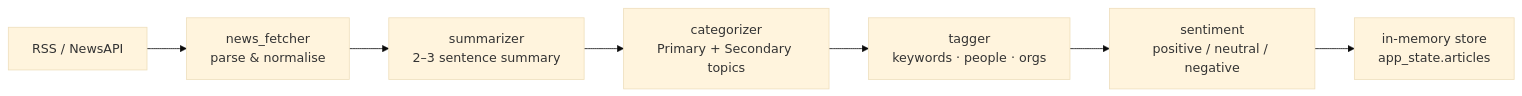
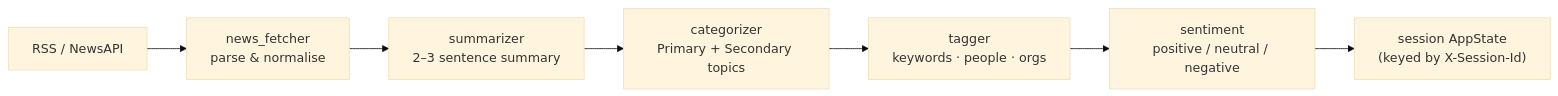
Before and after one commit to AlonNaor22/news-summarizer-agent: the second of 3 diagrams in README.md, drawn with Mermaid (base theme). The commit also changed other lines of this file and 11 other files, not shown here.

First line of the commit message:
Refactor backend to per-session AppState keyed by X-Session-Id

````diff
--- a/README.md
+++ b/README.md
@@ -69,9 +69,9 @@
 ```mermaid
 flowchart LR
     RSS["RSS / NewsAPI"] --> Fetch["news_fetcher\nparse & normalise"]
     Fetch --> Sum["summarizer\n2–3 sentence summary"]
     Sum --> Cat["categorizer\nPrimary + Secondary topics"]
     Cat --> Tag["tagger\nkeywords · people · orgs"]
     Tag --> Sent["sentiment\npositive / neutral / negative"]
-    Sent --> Store["in-memory store\napp_state.articles"]
+    Sent --> Store["session AppState\n(keyed by X-Session-Id)"]
 ```
````
